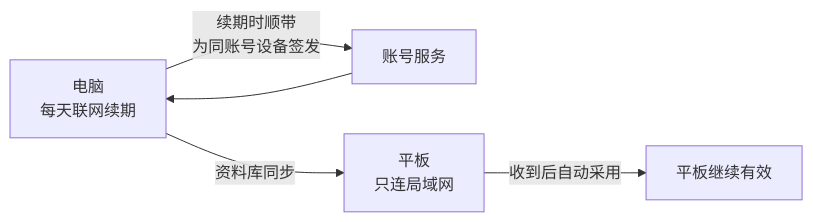
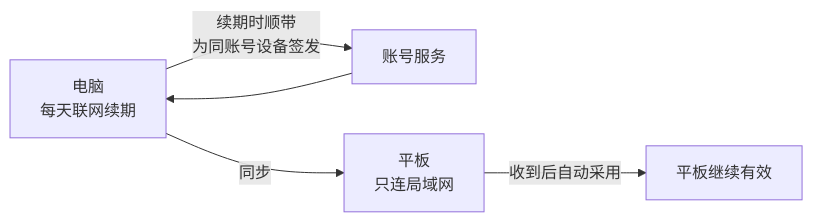
Before and after one commit to C21H21NO2S/kinex-site: diagram 20 of 23 in guide/zh.md, drawn with Mermaid. The commit also changed other lines of this file and 4 other files, not shown here.

````diff
--- a/guide/zh.md
+++ b/guide/zh.md
@@ -1192,7 +1253,7 @@
 ```mermaid
 flowchart LR
     PC["电脑<br/>每天联网续期"] -->|续期时顺带<br/>为同账号设备签发| ACC["账号服务"]
     ACC --> PC
-    PC -->|资料库同步| TAB["平板<br/>只连局域网"]
+    PC -->|同步| TAB["平板<br/>只连局域网"]
     TAB -->|收到后自动采用| OK["平板继续有效"]
 ```
````
